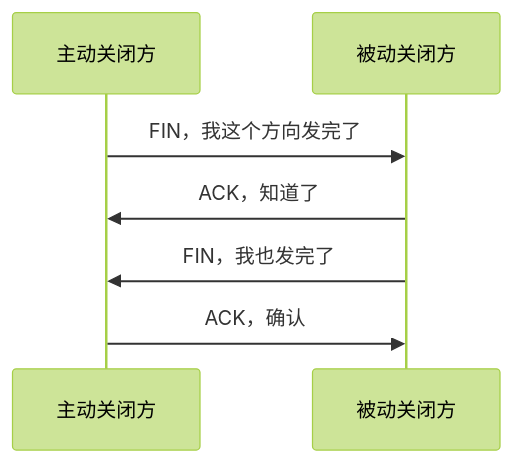
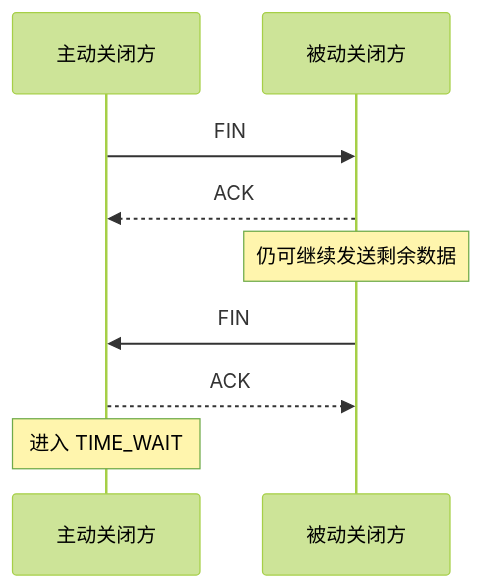
The diagram in 01_综合知识/01_计算机系统基础知识/03_计算机网络/TCP四次挥手.md (74262195/system-architect-notes), drawn with Mermaid (forest theme) before and after one commit. The commit also changed other lines of this file and 19 other files, not shown here.

````diff
--- a/01_综合知识/01_计算机系统基础知识/03_计算机网络/TCP四次挥手.md
+++ b/01_综合知识/01_计算机系统基础知识/03_计算机网络/TCP四次挥手.md
@@ -37,9 +35,11 @@
-```mermaid
+~~~mermaid
 sequenceDiagram
     participant A as 主动关闭方
     participant B as 被动关闭方
-    A->>B: FIN，我这个方向发完了
-    B->>A: ACK，知道了
-    B->>A: FIN，我也发完了
-    A->>B: ACK，确认
-```
+    A->>B: FIN
+    B-->>A: ACK
+    Note over B: 仍可继续发送剩余数据
+    B->>A: FIN
+    A-->>B: ACK
+    Note over A: 进入 TIME_WAIT
+~~~
````
